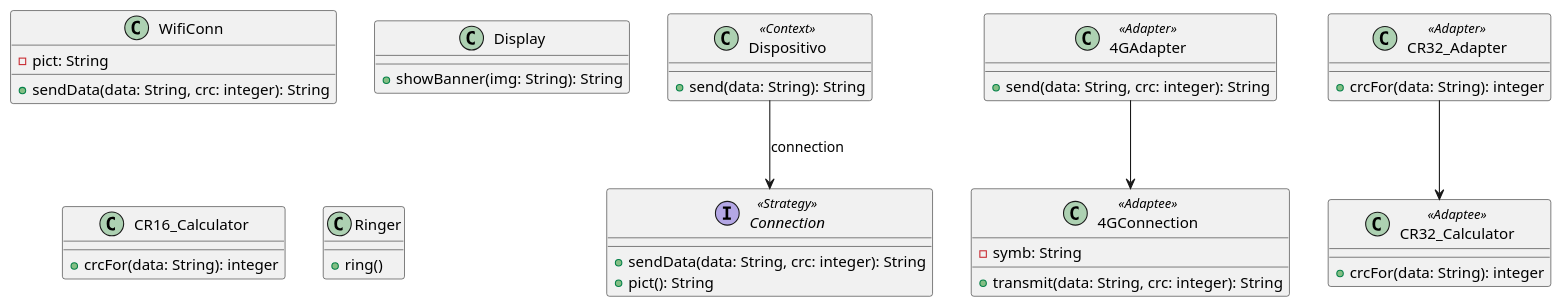
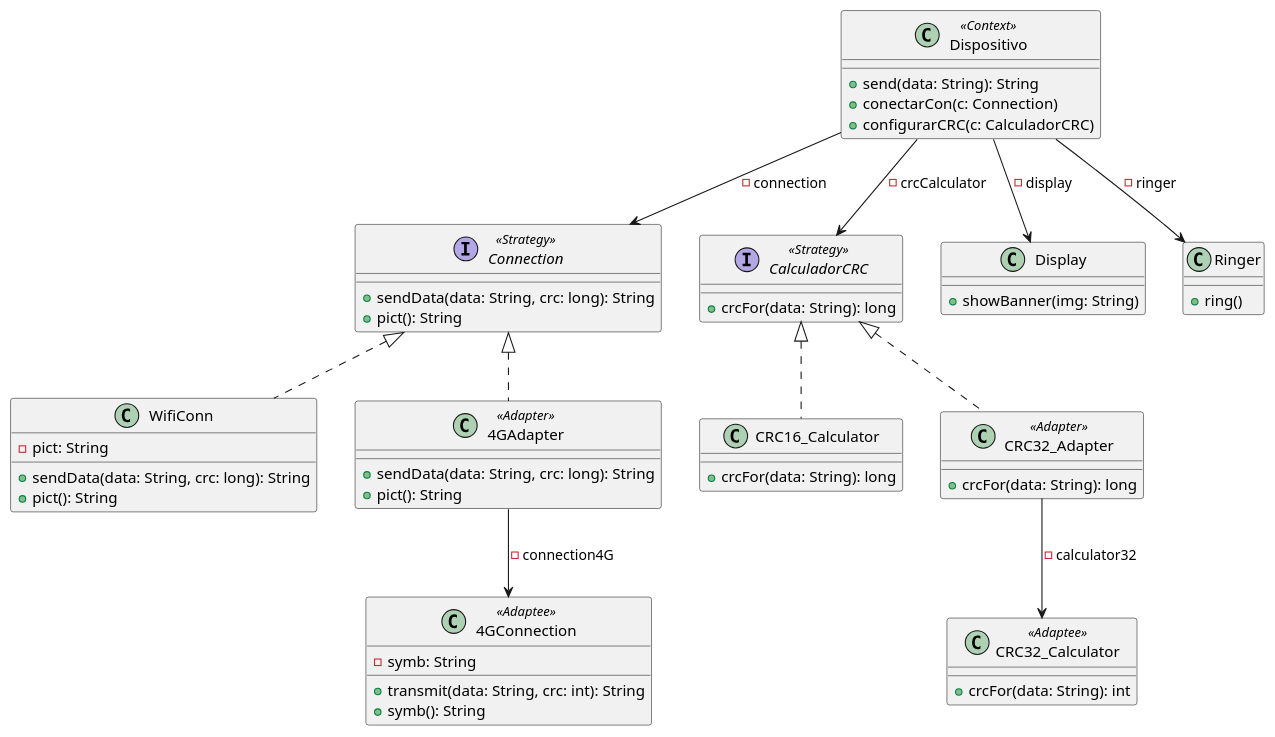
The diagram in Practicas/CuadernilloPatrones/Ejercicio17-DispositivoMovilYConexiones/UML.puml (estanivege98/OO2), drawn with PlantUML before and after one commit. The commit also changed 48 other files, not shown here.

```diff
--- a/Practicas/CuadernilloPatrones/Ejercicio17-DispositivoMovilYConexiones/UML.puml
+++ b/Practicas/CuadernilloPatrones/Ejercicio17-DispositivoMovilYConexiones/UML.puml
@@ -1,42 +1,71 @@
 @startuml
-Class Dispositivo<<Context>>{
-+send(data: String): String
+
+class Dispositivo <<Context>> {
+    +send(data: String): String
+    +conectarCon(c: Connection)
+    +configurarCRC(c: CalculadorCRC)
 }
-interface Connection<<Strategy>>{
-    +sendData(data: String, crc: integer): String
+
+' --- Patrón Strategy para Conexiones ---
+interface Connection <<Strategy>> {
+    +sendData(data: String, crc: long): String
     +pict(): String
 }
-class WifiConn{
--pict: String
-+sendData(data: String, crc: integer): String
-}
-class Display{
-+showBanner(img: String): String
-}
-class CR16_Calculator{
-+crcFor(data: String): integer
-}
-class Ringer{
-+ring()
+
+class WifiConn {
+    -pict: String
+    +sendData(data: String, crc: long): String
+    +pict(): String
 }
 
-class 4GAdapter<<Adapter>>{
-+send(data: String, crc: integer): String
-}
-class 4GConnection<<Adaptee>>{
--symb: String
-+transmit(data: String, crc: integer): String
+class 4GAdapter <<Adapter>> {
+    +sendData(data: String, crc: long): String
+    +pict(): String
 }
 
-class CR32_Adapter<<Adapter>>{
-+crcFor(data: String): integer
-}
-class CR32_Calculator<<Adaptee>>{
-+crcFor(data: String): integer
+class 4GConnection <<Adaptee>> {
+    -symb: String
+    +transmit(data: String, crc: int): String
+    +symb(): String
 }
 
-4GAdapter --> 4GConnection
-CR32_Adapter --> CR32_Calculator
-Dispositivo --> Connection : connection
+' --- Patrón Strategy para CRC ---
+interface CalculadorCRC <<Strategy>> {
+    +crcFor(data: String): long
+}
 
+class CRC16_Calculator {
+    +crcFor(data: String): long
+}
+
+class CRC32_Adapter <<Adapter>> {
+    +crcFor(data: String): long
+}
+
+class CRC32_Calculator <<Adaptee>> {
+    +crcFor(data: String): int
+}
+
+' --- Clases de Soporte ---
+class Display {
+    +showBanner(img: String)
+}
+
+class Ringer {
+    +ring()
+}
+
+' --- Relaciones ---
+Connection <|.. WifiConn
+Connection <|.. 4GAdapter
+4GAdapter --> 4GConnection : -connection4G
+
+CalculadorCRC <|.. CRC16_Calculator
+CalculadorCRC <|.. CRC32_Adapter
+CRC32_Adapter --> CRC32_Calculator : -calculator32
+
+Dispositivo --> Connection : -connection
+Dispositivo --> CalculadorCRC : -crcCalculator
+Dispositivo --> Display : -display
+Dispositivo --> Ringer : -ringer
 @enduml
```
